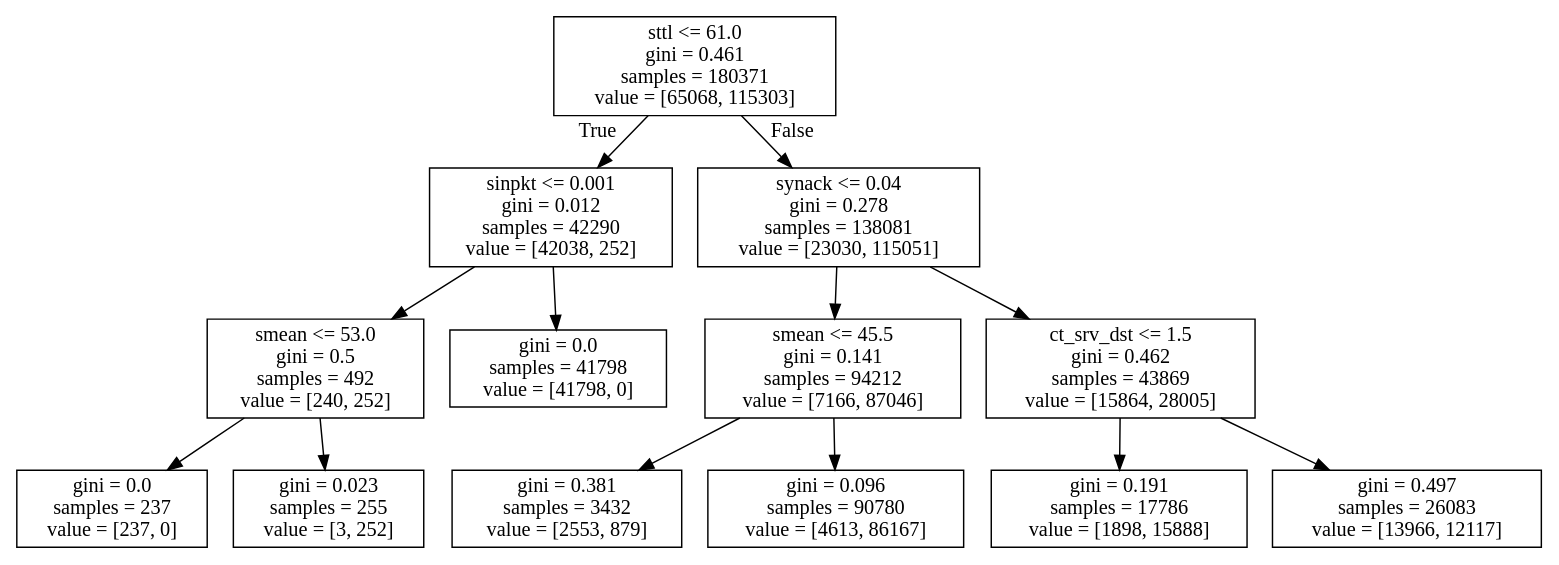
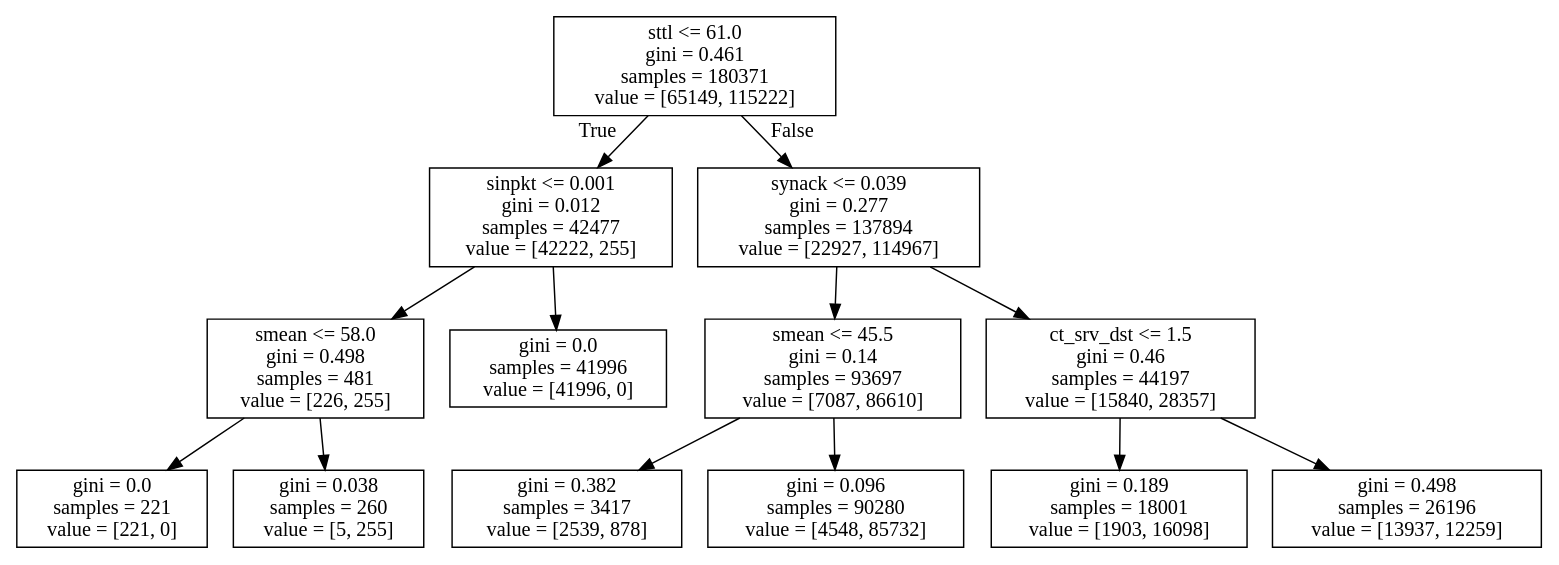
The diagram in 5.ML_Models/baseline/images/decisionTree.dot (divyaKh/CMPE255Project), drawn with Graphviz before and after one commit. The commit also changed 1 other file, not shown here.

```diff
--- a/5.ML_Models/baseline/images/decisionTree.dot
+++ b/5.ML_Models/baseline/images/decisionTree.dot
@@ -1,28 +1,28 @@
 digraph Tree {
 node [shape=box] ;
-0 [label="sttl <= 61.0\ngini = 0.461\nsamples = 180371\nvalue = [65068, 115303]"] ;
-1 [label="sinpkt <= 0.001\ngini = 0.012\nsamples = 42290\nvalue = [42038, 252]"] ;
+0 [label="sttl <= 61.0\ngini = 0.461\nsamples = 180371\nvalue = [65149, 115222]"] ;
+1 [label="sinpkt <= 0.001\ngini = 0.012\nsamples = 42477\nvalue = [42222, 255]"] ;
 0 -> 1 [labeldistance=2.5, labelangle=45, headlabel="True"] ;
-2 [label="smean <= 53.0\ngini = 0.5\nsamples = 492\nvalue = [240, 252]"] ;
+2 [label="smean <= 58.0\ngini = 0.498\nsamples = 481\nvalue = [226, 255]"] ;
 1 -> 2 ;
-3 [label="gini = 0.0\nsamples = 237\nvalue = [237, 0]"] ;
+3 [label="gini = 0.0\nsamples = 221\nvalue = [221, 0]"] ;
 2 -> 3 ;
-4 [label="gini = 0.023\nsamples = 255\nvalue = [3, 252]"] ;
+4 [label="gini = 0.038\nsamples = 260\nvalue = [5, 255]"] ;
 2 -> 4 ;
-5 [label="gini = 0.0\nsamples = 41798\nvalue = [41798, 0]"] ;
+5 [label="gini = 0.0\nsamples = 41996\nvalue = [41996, 0]"] ;
 1 -> 5 ;
-6 [label="synack <= 0.04\ngini = 0.278\nsamples = 138081\nvalue = [23030, 115051]"] ;
+6 [label="synack <= 0.039\ngini = 0.277\nsamples = 137894\nvalue = [22927, 114967]"] ;
 0 -> 6 [labeldistance=2.5, labelangle=-45, headlabel="False"] ;
-7 [label="smean <= 45.5\ngini = 0.141\nsamples = 94212\nvalue = [7166, 87046]"] ;
+7 [label="smean <= 45.5\ngini = 0.14\nsamples = 93697\nvalue = [7087, 86610]"] ;
 6 -> 7 ;
-8 [label="gini = 0.381\nsamples = 3432\nvalue = [2553, 879]"] ;
+8 [label="gini = 0.382\nsamples = 3417\nvalue = [2539, 878]"] ;
 7 -> 8 ;
-9 [label="gini = 0.096\nsamples = 90780\nvalue = [4613, 86167]"] ;
+9 [label="gini = 0.096\nsamples = 90280\nvalue = [4548, 85732]"] ;
 7 -> 9 ;
-10 [label="ct_srv_dst <= 1.5\ngini = 0.462\nsamples = 43869\nvalue = [15864, 28005]"] ;
+10 [label="ct_srv_dst <= 1.5\ngini = 0.46\nsamples = 44197\nvalue = [15840, 28357]"] ;
 6 -> 10 ;
-11 [label="gini = 0.191\nsamples = 17786\nvalue = [1898, 15888]"] ;
+11 [label="gini = 0.189\nsamples = 18001\nvalue = [1903, 16098]"] ;
 10 -> 11 ;
-12 [label="gini = 0.497\nsamples = 26083\nvalue = [13966, 12117]"] ;
+12 [label="gini = 0.498\nsamples = 26196\nvalue = [13937, 12259]"] ;
 10 -> 12 ;
 }
```
